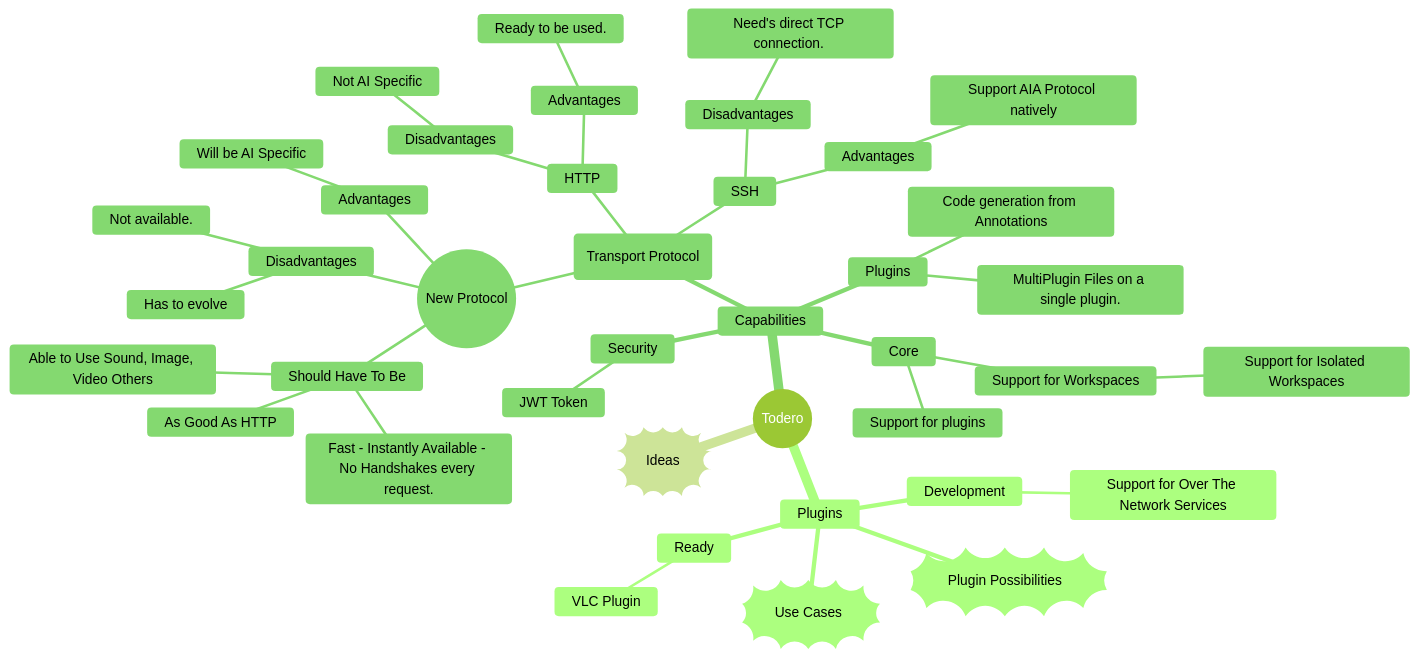
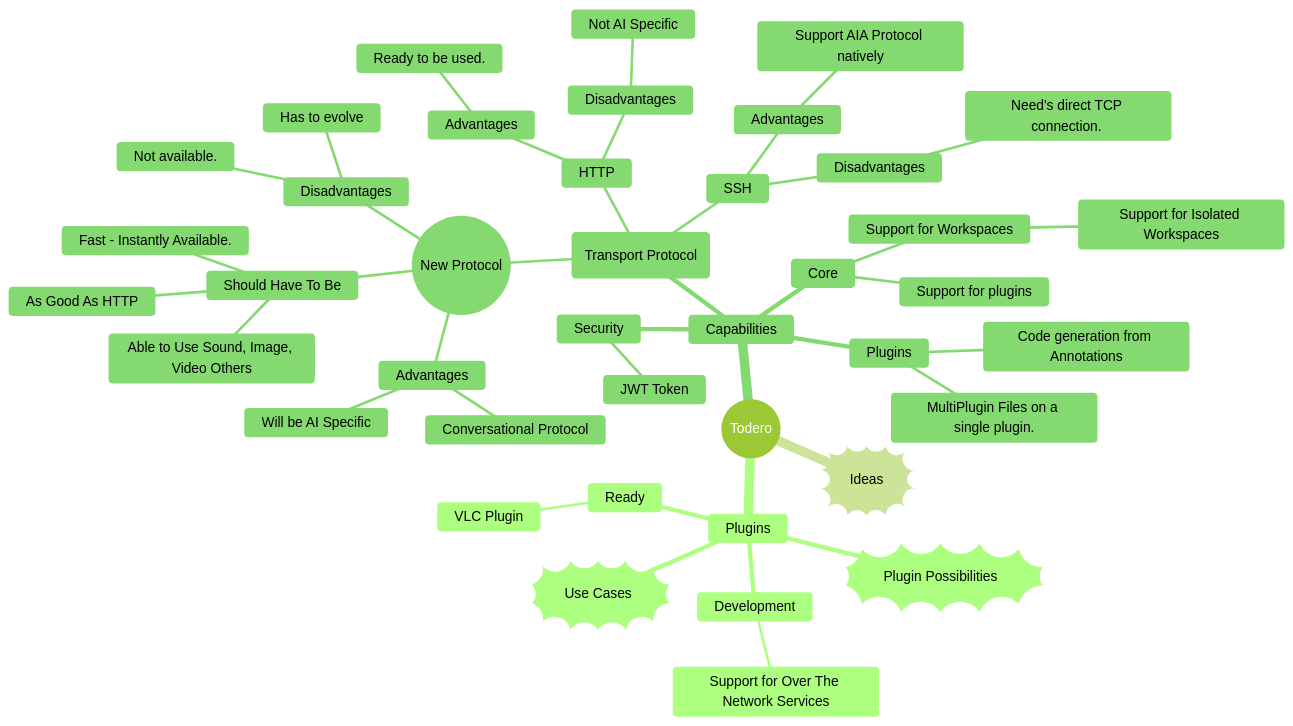
Before and after one commit to biblip/todero: the first of 4 diagrams in Roadmap.md, drawn with Mermaid (forest theme). The commit also changed 2 other files, not shown here.

Commit message:
Add aia-server using the new protocol

````diff
--- a/Roadmap.md
+++ b/Roadmap.md
@@ -6,43 +6,44 @@
 ```mermaid
 mindmap
   root((Todero))
     Plugins
       ))Use Cases((
       ))Plugin Possibilities((
       Development
         Support for Over The Network Services
       Ready
         VLC Plugin
     ))Ideas((
     Capabilities
       (Transport Protocol)
         ((New Protocol))
           Should Have To Be
             As Good As HTTP
             Able to Use Sound, Image, Video Others
-            Fast - Instantly Available - No Handshakes every request.
+            Fast - Instantly Available.
           Advantages
             Will be AI Specific
+            Conversational Protocol
           Disadvantages
             Has to evolve
             Not available.
         HTTP
           Advantages
             Ready to be used.
           Disadvantages
             Not AI Specific
         SSH
           Advantages
             Support AIA Protocol natively
           Disadvantages
             Need's direct TCP connection. 
       Plugins
         MultiPlugin Files on a single plugin.
         Code generation from Annotations
       Core
         Support for plugins
         Support for Workspaces
           Support for Isolated Workspaces
       Security
         JWT Token
 ```
````
